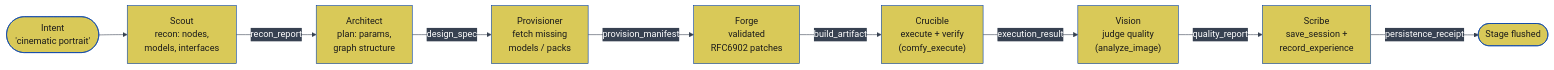
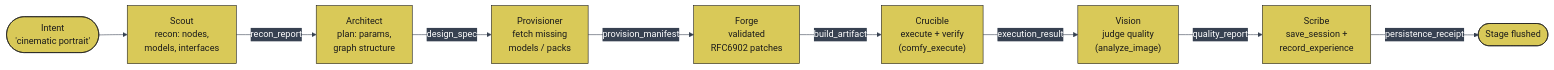
Diagram 12 of 27 in README.md (JosephOIbrahim/Comfy-Cozy), drawn with Mermaid before and after one commit. The commit also changed other lines of this file, not shown here.

First line of the commit message:
[DOCS] Convert mermaid styling to classDef for reliable GitHub rendering

````diff
--- a/README.md
+++ b/README.md
@@ -704,21 +666,16 @@
 ```mermaid
 %%{init: {'theme':'base','themeVariables': {'primaryColor':'#0066FF','primaryTextColor':'#ffffff','primaryBorderColor':'#003eaa','lineColor':'#374151','secondaryColor':'#374151','tertiaryColor':'#1f2937','fontFamily':'monospace'}}}%%
 flowchart LR
     Intent(["Intent<br/>'cinematic portrait'"]) --> Scout
     Scout["Scout<br/>recon: nodes,<br/>models, interfaces"] -->|recon_report| Architect
     Architect["Architect<br/>plan: params,<br/>graph structure"] -->|design_spec| Provisioner
     Provisioner["Provisioner<br/>fetch missing<br/>models / packs"] -->|provision_manifest| Forge
     Forge["Forge<br/>validated<br/>RFC6902 patches"] -->|build_artifact| Crucible
     Crucible["Crucible<br/>execute + verify<br/>(comfy_execute)"] -->|execution_result| Vision
     Vision["Vision<br/>judge quality<br/>(analyze_image)"] -->|quality_report| Scribe
     Scribe["Scribe<br/>save_session +<br/>record_experience"] -->|persistence_receipt| Done(["Stage flushed"])
-    style Intent fill:#d9c958,color:#1a1a1a
-    style Scout fill:#d9c958,color:#1a1a1a
-    style Architect fill:#d9c958,color:#1a1a1a
-    style Provisioner fill:#d9c958,color:#1a1a1a
-    style Forge fill:#d9c958,color:#1a1a1a
-    style Crucible fill:#d9c958,color:#1a1a1a
-    style Vision fill:#d9c958,color:#1a1a1a
-    style Scribe fill:#d9c958,color:#1a1a1a
-    style Done fill:#d9c958,color:#1a1a1a
+
+    classDef orange fill:#d99458,color:#1a1a1a,stroke:#1a1a1a
+    classDef yellow fill:#d9c958,color:#1a1a1a,stroke:#1a1a1a
+    class Intent,Scout,Architect,Provisioner,Forge,Crucible,Vision,Scribe,Done yellow
 ```
````
